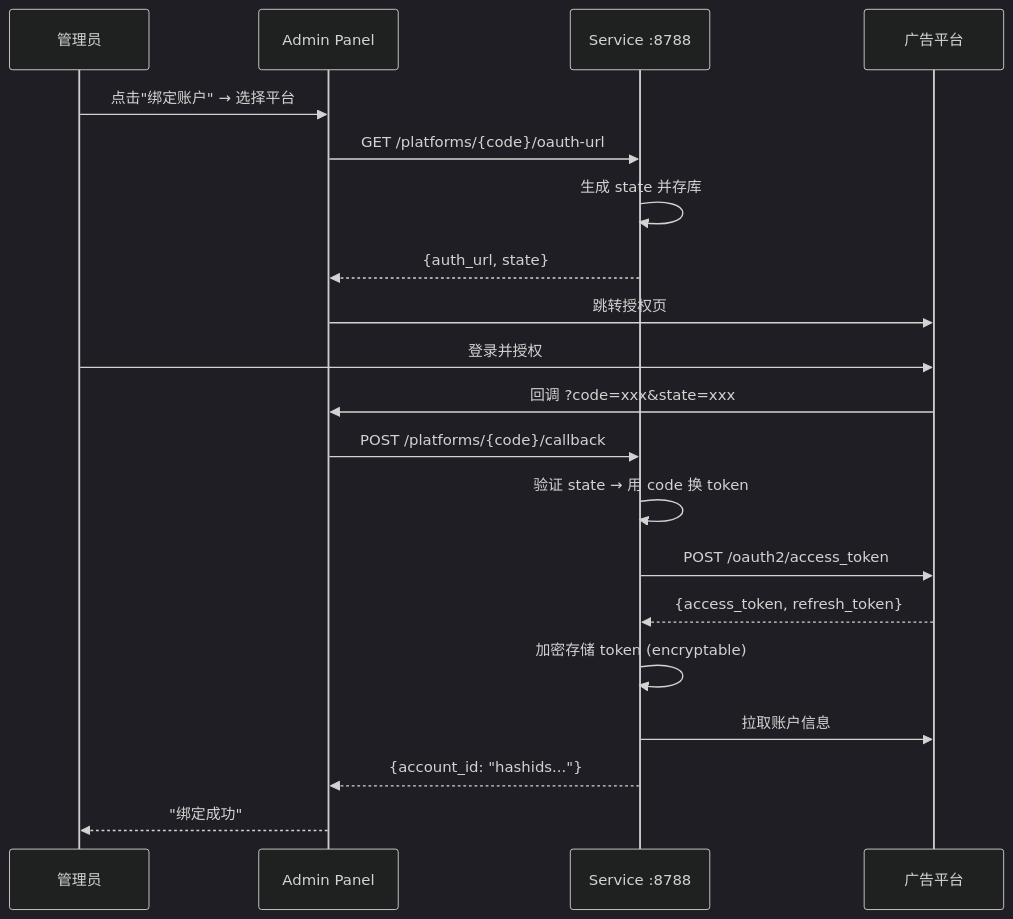
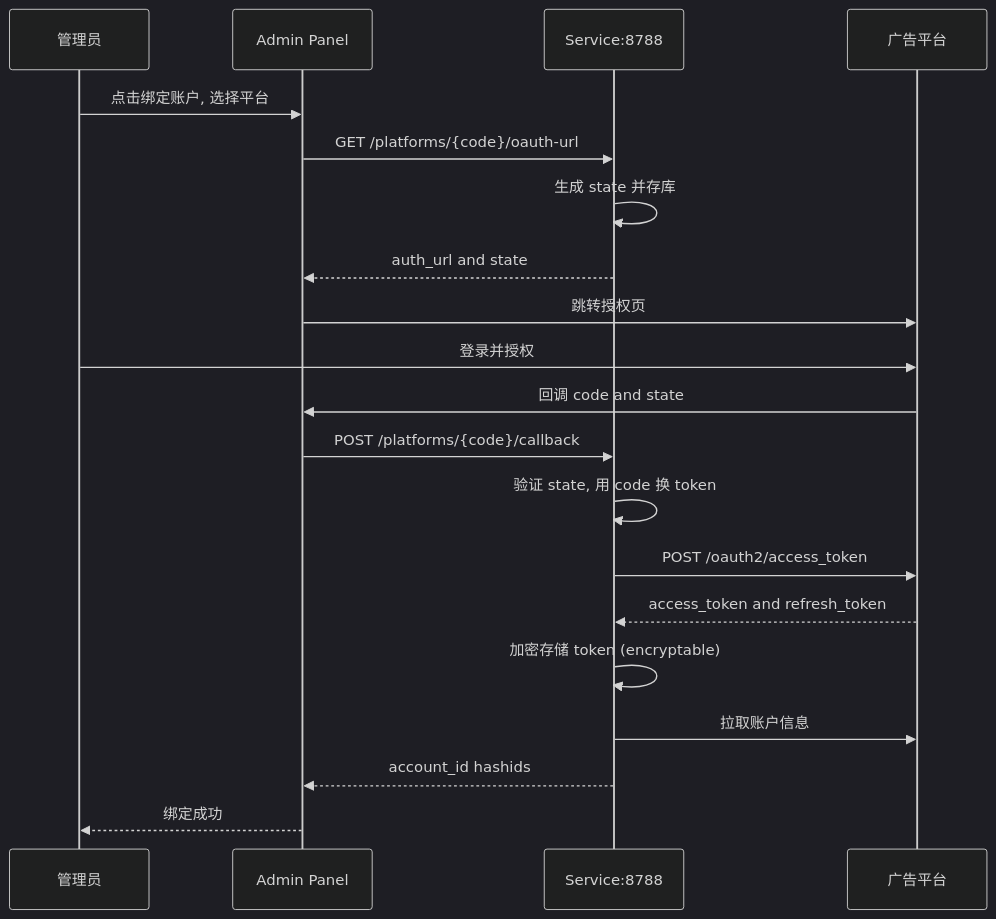
One commit to erikwang2013/ads-php changed the fourth of 8 diagrams in docs/superpowers/specs/2026-05-14-ads-platform-design.md. Above: the diagram before and after it, drawn with Mermaid (dark theme). The commit also changed other lines of this file and 1 other file, not shown here.

First line of the commit message:
fix: remove all special chars from Mermaid labels for GitHub rendering

````diff
--- a/docs/superpowers/specs/2026-05-14-ads-platform-design.md
+++ b/docs/superpowers/specs/2026-05-14-ads-platform-design.md
@@ -718,23 +718,23 @@
 ```mermaid
 sequenceDiagram
     participant User as 管理员
     participant Admin as Admin Panel
-    participant Service as Service :8788
+    participant Service as Service:8788
     participant Platform as 广告平台
 
-    User->>Admin: 点击"绑定账户" → 选择平台
+    User->>Admin: 点击绑定账户, 选择平台
     Admin->>Service: GET /platforms/{code}/oauth-url
     Service->>Service: 生成 state 并存库
-    Service-->>Admin: {auth_url, state}
+    Service-->>Admin: auth_url and state
     Admin->>Platform: 跳转授权页
     User->>Platform: 登录并授权
-    Platform->>Admin: 回调 ?code=xxx&state=xxx
+    Platform->>Admin: 回调 code and state
     Admin->>Service: POST /platforms/{code}/callback
-    Service->>Service: 验证 state → 用 code 换 token
+    Service->>Service: 验证 state, 用 code 换 token
     Service->>Platform: POST /oauth2/access_token
-    Platform-->>Service: {access_token, refresh_token}
+    Platform-->>Service: access_token and refresh_token
     Service->>Service: 加密存储 token (encryptable)
     Service->>Platform: 拉取账户信息
-    Service-->>Admin: {account_id: "hashids..."}
-    Admin-->>User: "绑定成功"
+    Service-->>Admin: account_id hashids
+    Admin-->>User: 绑定成功
 ```
````
